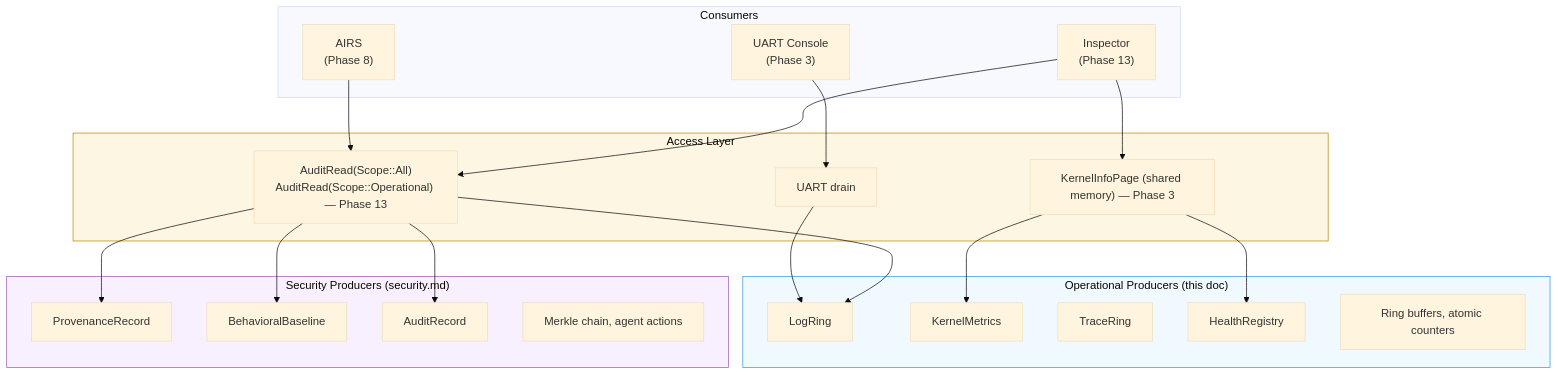
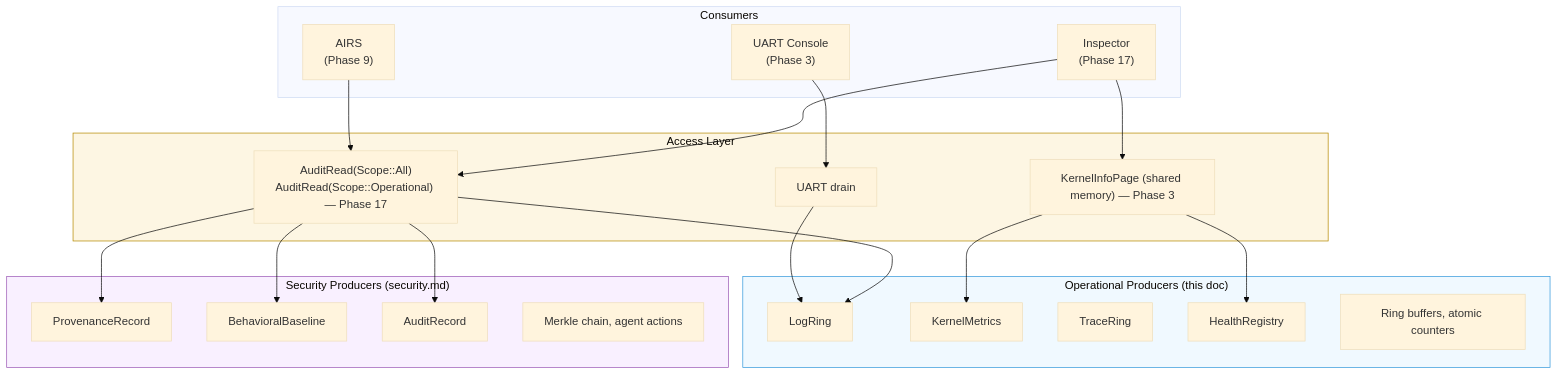
Before and after one commit to juslee/aios: the diagram in docs/kernel/observability.md, drawn with Mermaid (base theme). The commit also changed other lines of this file and 94 other files, not shown here.

````diff
--- a/docs/kernel/observability.md
+++ b/docs/kernel/observability.md
@@ -24,46 +24,46 @@
 ```mermaid
 graph TD
     subgraph Consumers
-        Inspector["Inspector<br/>(Phase 13)"]
-        AIRS["AIRS<br/>(Phase 8)"]
+        Inspector["Inspector<br/>(Phase 17)"]
+        AIRS["AIRS<br/>(Phase 9)"]
         UART["UART Console<br/>(Phase 3)"]
     end
 
     subgraph Access["Access Layer"]
-        AuditRead["AuditRead(Scope::All)<br/>AuditRead(Scope::Operational) — Phase 13"]
+        AuditRead["AuditRead(Scope::All)<br/>AuditRead(Scope::Operational) — Phase 17"]
         InfoPage["KernelInfoPage (shared memory) — Phase 3"]
         Drain["UART drain"]
     end
 
     subgraph SecProd["Security Producers (security.md)"]
         Provenance["ProvenanceRecord"]
         Behavioral["BehavioralBaseline"]
         AuditRec["AuditRecord"]
         SecNote["Merkle chain, agent actions"]
     end
 
     subgraph OpsProd["Operational Producers (this doc)"]
         LogRing["LogRing"]
         Metrics["KernelMetrics"]
         TraceRing["TraceRing"]
         Health["HealthRegistry"]
         OpsNote["Ring buffers, atomic counters"]
     end
 
     Inspector --> AuditRead
     AIRS --> AuditRead
     Inspector --> InfoPage
     UART --> Drain
 
     AuditRead --> Provenance
     AuditRead --> Behavioral
     AuditRead --> AuditRec
     AuditRead --> LogRing
     InfoPage --> Metrics
     InfoPage --> Health
     Drain --> LogRing
 
     style SecProd fill:#f9f0ff,stroke:#9b59b6
     style OpsProd fill:#f0f9ff,stroke:#3498db
     style Access fill:#fdf6e3,stroke:#b58900
 ```
````
